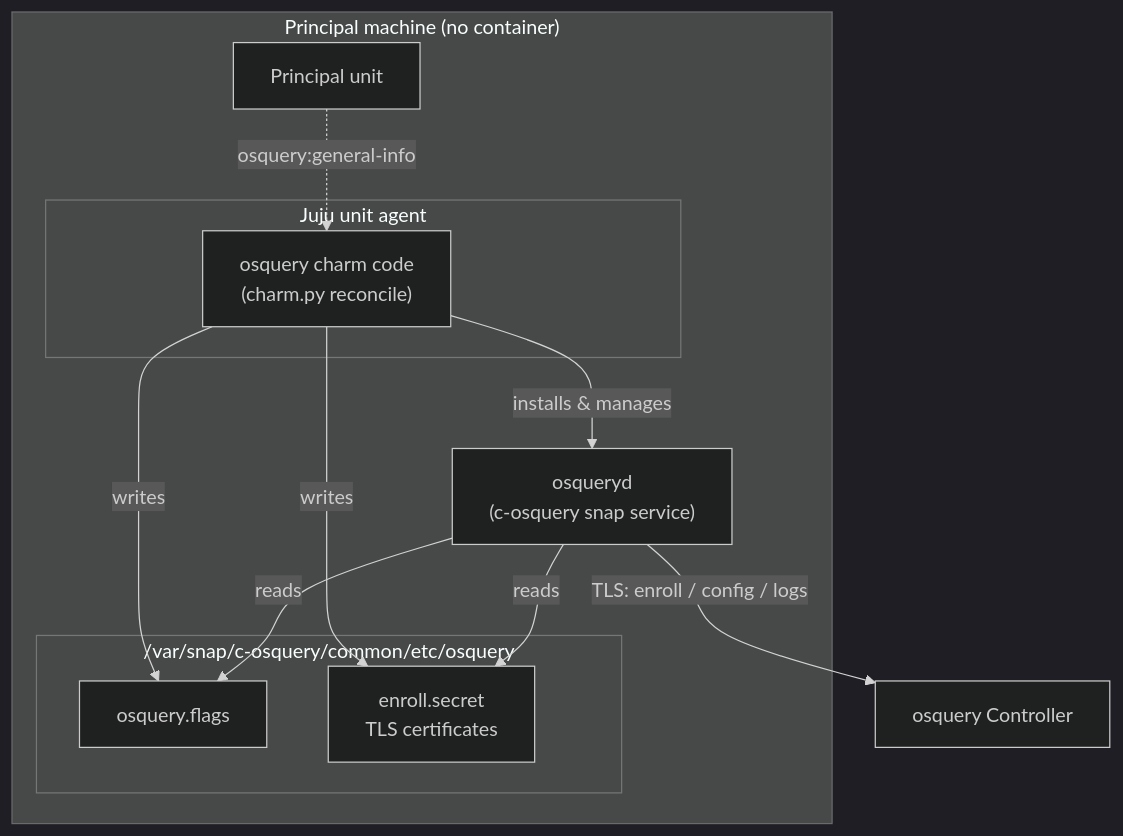
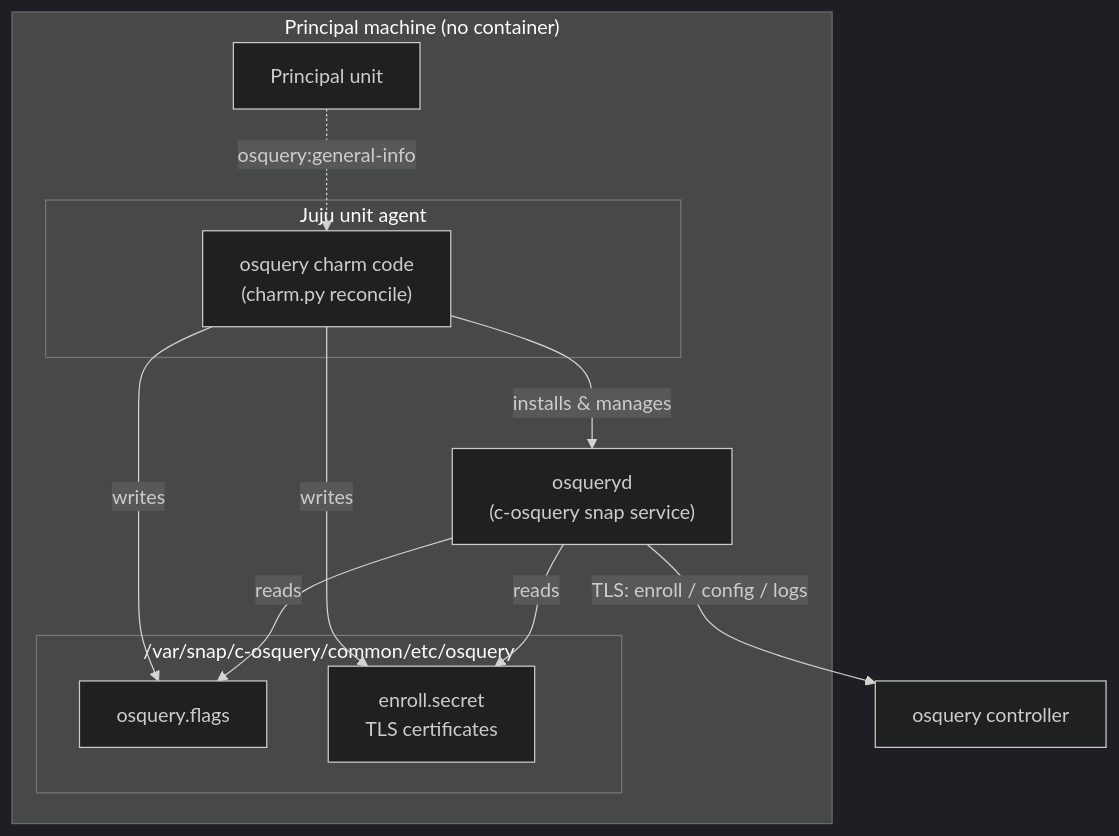
One commit to canonical/osquery-operator changed the first of 2 diagrams in docs/reference/charm-architecture.rst. Above: the diagram before and after it, drawn with Mermaid (dark theme). The commit also changed other lines of this file and 18 other files, not shown here.

```diff
--- a/docs/reference/charm-architecture.rst
+++ b/docs/reference/charm-architecture.rst
@@ -26,22 +26,22 @@
 .. mermaid::
 
     flowchart TB
         subgraph machine["Principal machine (no container)"]
             principal["Principal unit"]
             subgraph agent["Juju unit agent"]
                 charm["osquery charm code<br/>(charm.py reconcile)"]
             end
             osqueryd["osqueryd<br/>(c-osquery snap service)"]
             subgraph files["/var/snap/c-osquery/common/etc/osquery"]
                 flagfile["osquery.flags"]
                 secrets["enroll.secret<br/>TLS certificates"]
             end
             principal -.->|osquery:general-info| charm
             charm -->|installs & manages| osqueryd
             charm -->|writes| flagfile
             charm -->|writes| secrets
             osqueryd -->|reads| flagfile
             osqueryd -->|reads| secrets
         end
-        controller["osquery Controller"]
+        controller["osquery controller"]
         osqueryd -->|TLS: enroll / config / logs| controller
```
